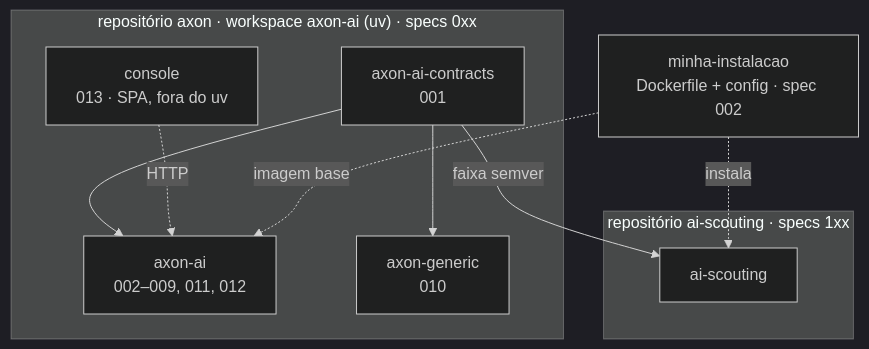
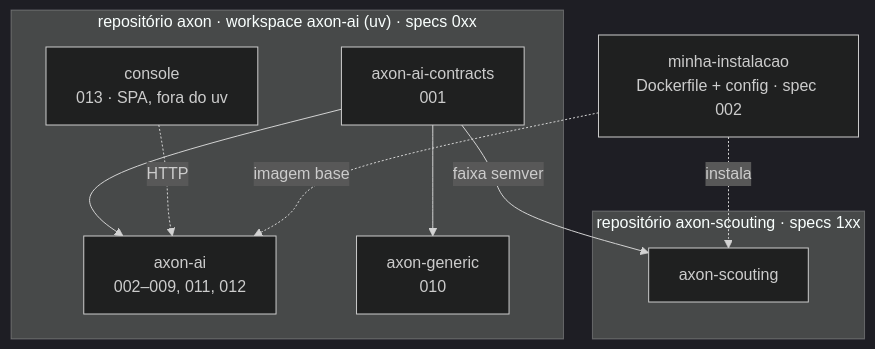
Before and after one commit to CaioFerreiraB/axon: the third of 4 diagrams in specs/README.md, drawn with Mermaid (dark theme). The commit also changed other lines of this file and 33 other files, not shown here.

First line of the commit message:
feat(101): identidade Axon — US6 da 101, ponteiro do axon-scouting e specs 102–106 nos nomes (ADR-037)

````diff
--- a/specs/README.md
+++ b/specs/README.md
@@ -149,21 +149,21 @@
 ```mermaid
 flowchart TD
     subgraph RCORE["repositório axon · workspace axon-ai (uv) · specs 0xx"]
         C[axon-ai-contracts<br/>001]
         CORE[axon-ai<br/>002–009, 011, 012]
         GEN[axon-generic<br/>010]
         CON[console<br/>013 · SPA, fora do uv]
         C --> CORE
         C --> GEN
         CON -.HTTP.-> CORE
     end
 
-    subgraph RSCT["repositório ai-scouting · specs 1xx"]
-        SCT[ai-scouting]
+    subgraph RSCT["repositório axon-scouting · specs 1xx"]
+        SCT[axon-scouting]
     end
 
     C -->|faixa semver| SCT
 
     DEPLOY[minha-instalacao<br/>Dockerfile + config · spec 002] -.imagem base.-> CORE
     DEPLOY -.instala.-> SCT
 ```
````
